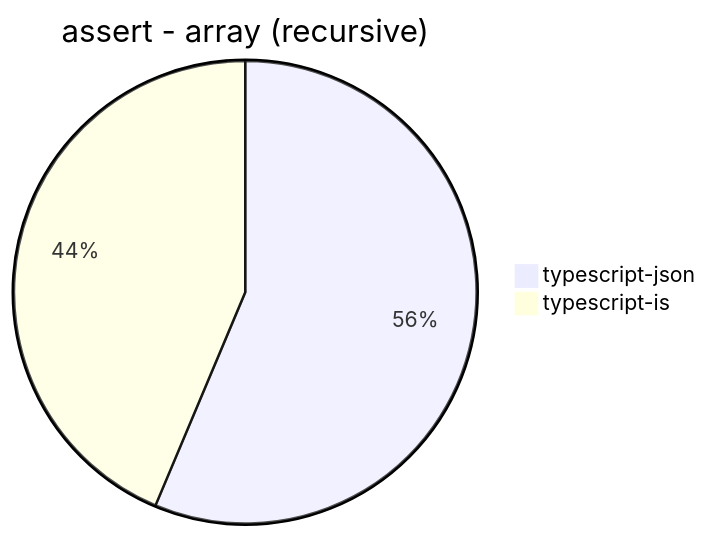
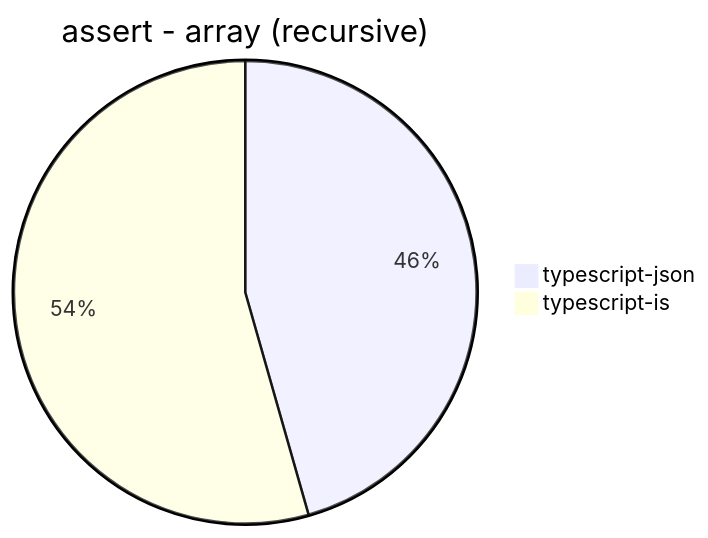
The fourth of 30 diagrams in benchmark/results/Apple M1 Pro.md (samchon/typia), drawn with Mermaid before and after one commit. The commit also changed other lines of this file, not shown here.

````diff
--- a/benchmark/results/Apple M1 Pro.md
+++ b/benchmark/results/Apple M1 Pro.md
@@ -38,5 +38,5 @@
 ```mermaid
 pie title assert - array (recursive)
-  "typescript-json": 1938.689604685212
-  "typescript-is": 1502.211573903428
+  "typescript-json": 1590.797661700924
+  "typescript-is": 1898.8418385812524
 ```
````
